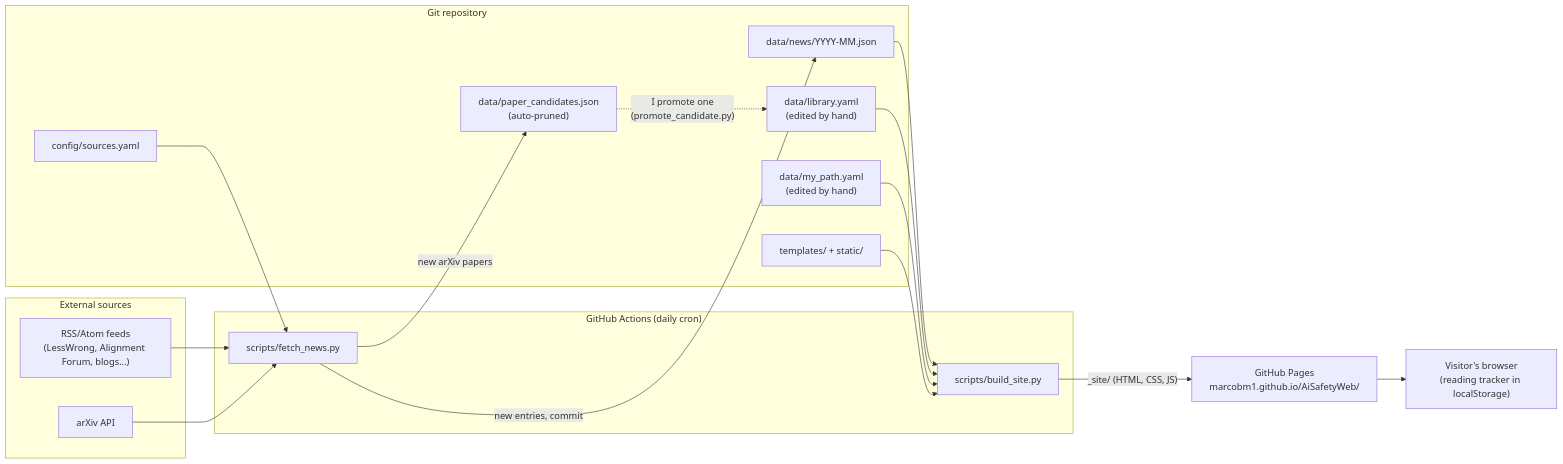
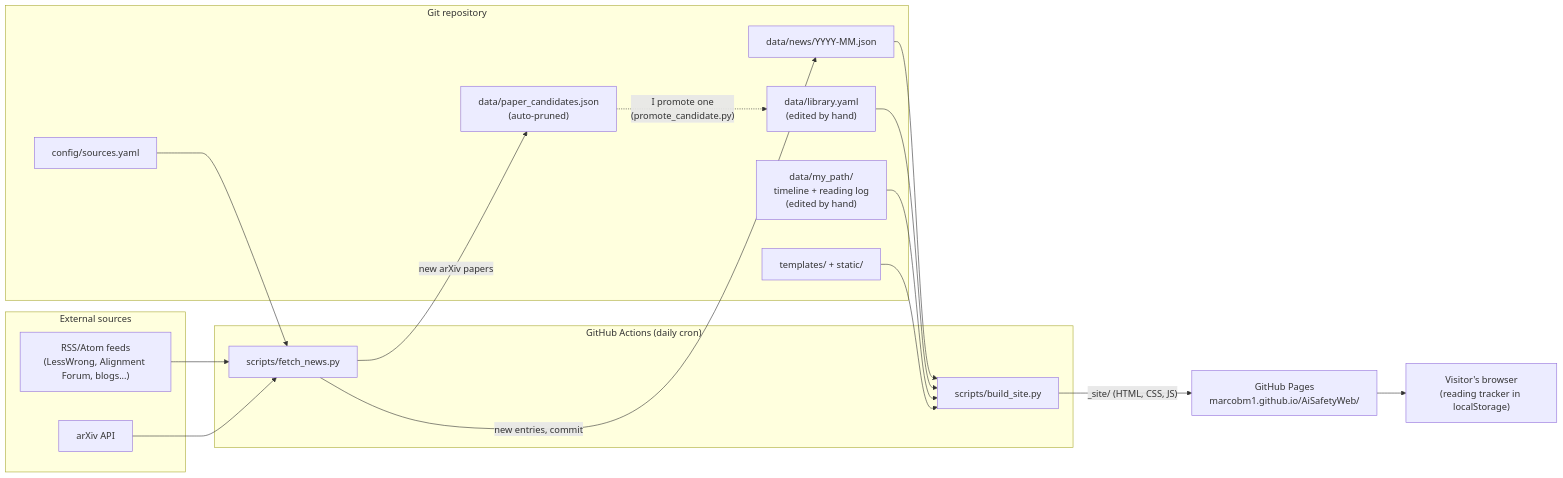
Before and after one commit to Marcobm1/AiSafetyWeb: the diagram in docs/HOW_THIS_SITE_WORKS.md, drawn with Mermaid. The commit also changed other lines of this file and 7 other files, not shown here.

First line of the commit message:
Refine sources and redesign My Own Path data format

````diff
--- a/docs/HOW_THIS_SITE_WORKS.md
+++ b/docs/HOW_THIS_SITE_WORKS.md
@@ -59,34 +59,34 @@
 ```mermaid
 flowchart LR
     subgraph Sources["External sources"]
         RSS["RSS/Atom feeds<br/>(LessWrong, Alignment Forum, blogs...)"]
         ARX["arXiv API"]
     end
 
     subgraph Actions["GitHub Actions (daily cron)"]
         F["scripts/fetch_news.py"]
         B["scripts/build_site.py"]
     end
 
     subgraph Repo["Git repository"]
         CFG["config/sources.yaml"]
         NEWS["data/news/YYYY-MM.json"]
         CAND["data/paper_candidates.json<br/>(auto-pruned)"]
         PAP["data/library.yaml<br/>(edited by hand)"]
-        PATH["data/my_path.yaml<br/>(edited by hand)"]
+        PATH["data/my_path/<br/>timeline + reading log<br/>(edited by hand)"]
         TPL["templates/ + static/"]
     end
 
     RSS --> F
     ARX --> F
     CFG --> F
     F -->|"new entries, commit"| NEWS
     F -->|"new arXiv papers"| CAND
     CAND -.->|"I promote one<br/>(promote_candidate.py)"| PAP
     NEWS --> B
     PAP --> B
     PATH --> B
     TPL --> B
     B -->|"_site/ (HTML, CSS, JS)"| PAGES["GitHub Pages<br/>marcobm1.github.io/AiSafetyWeb/"]
     PAGES --> V["Visitor's browser<br/>(reading tracker in localStorage)"]
 ```
````
